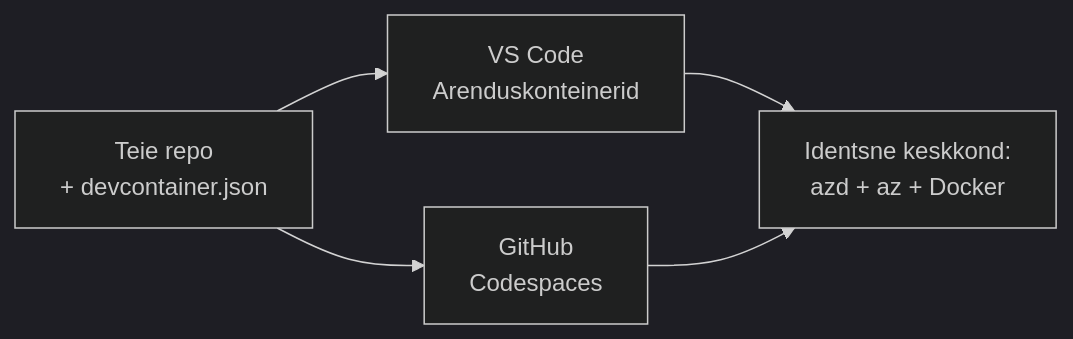
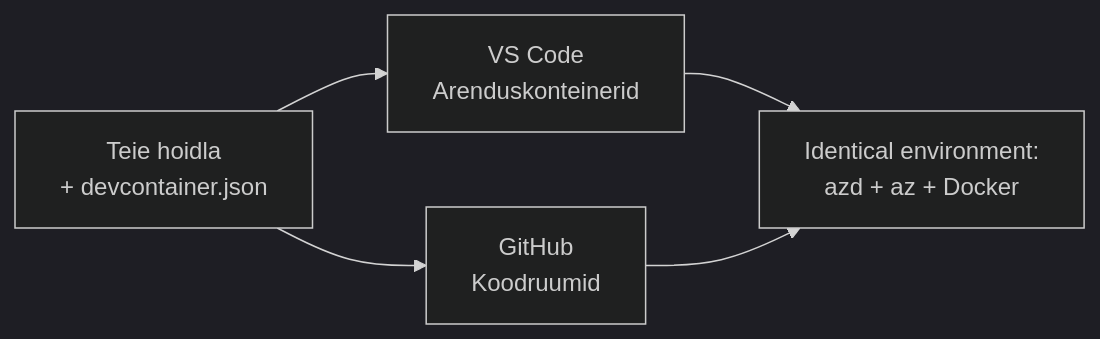
One commit to microsoft/AZD-for-beginners changed the diagram in translations/et/docs/chapter-01-foundation/dev-containers.md. Above: the diagram before and after it, drawn with Mermaid (dark theme). The commit also changed other lines of this file and 61 other files, not shown here.

````diff
--- a/translations/et/docs/chapter-01-foundation/dev-containers.md
+++ b/translations/et/docs/chapter-01-foundation/dev-containers.md
@@ -41,7 +41,7 @@
 ```mermaid
 graph LR
-    Repo[Teie repo<br/>+ devcontainer.json] --> VSCode[VS Code<br/>Arenduskonteinerid]
-    Repo --> Codespaces[GitHub<br/>Codespaces]
-    VSCode --> Env[Identsne keskkond:<br/>azd + az + Docker]
+    Repo[Teie hoidla<br/>+ devcontainer.json] --> VSCode[VS Code<br/>Arenduskonteinerid]
+    Repo --> Codespaces[GitHub<br/>Koodruumid]
+    VSCode --> Env[Identical environment:<br/>azd + az + Docker]
     Codespaces --> Env
 ```
````
